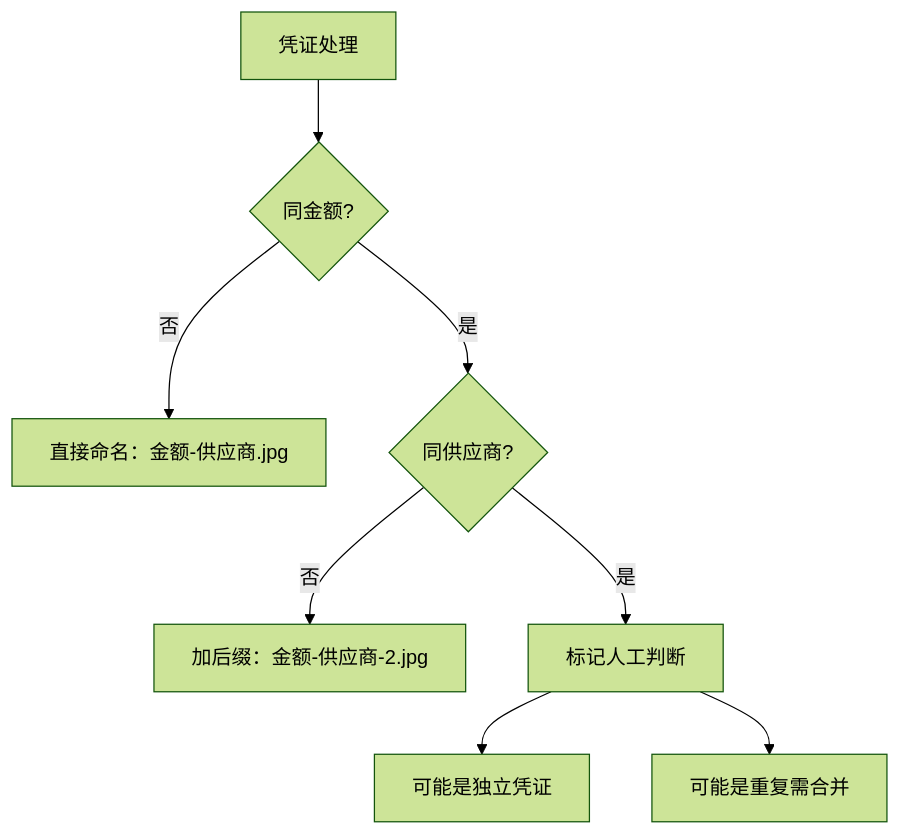
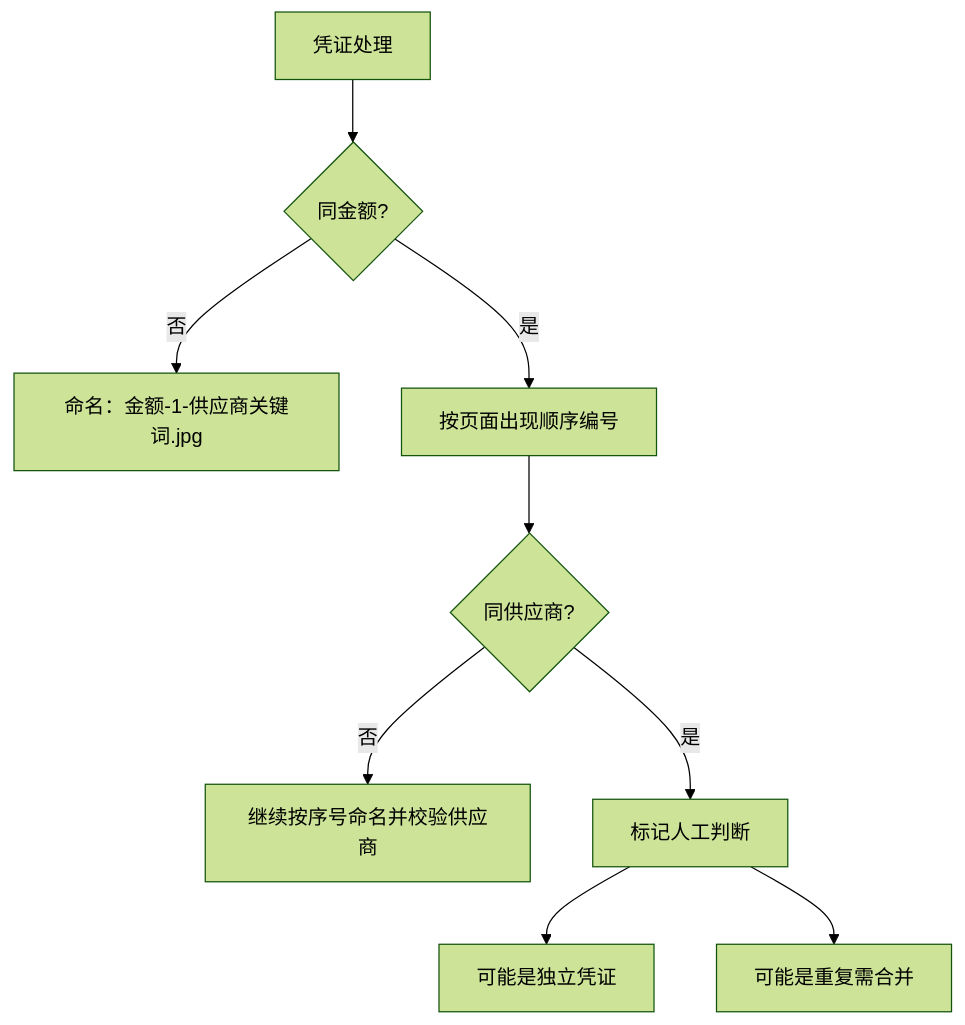
Before and after one commit to wangguo-ai/patpat: the diagram in 数据/凭证命名规则.md, drawn with Mermaid (forest theme). The commit also changed other lines of this file and 15 other files, not shown here.

````diff
--- a/数据/凭证命名规则.md
+++ b/数据/凭证命名规则.md
@@ -33,10 +47,11 @@
 ```mermaid
 flowchart TD
     A[凭证处理] --> B{同金额?}
-    B -->|否| C[直接命名：金额-供应商.jpg]
-    B -->|是| D{同供应商?}
-    D -->|否| E[加后缀：金额-供应商-2.jpg]
-    D -->|是| F[标记人工判断]
-    F --> G[可能是独立凭证]
-    F --> H[可能是重复需合并]
+    B -->|否| C[命名：金额-1-供应商关键词.jpg]
+    B -->|是| D[按页面出现顺序编号]
+    D --> E{同供应商?}
+    E -->|否| F[继续按序号命名并校验供应商]
+    E -->|是| G[标记人工判断]
+    G --> H[可能是独立凭证]
+    G --> I[可能是重复需合并]
 ```
````
